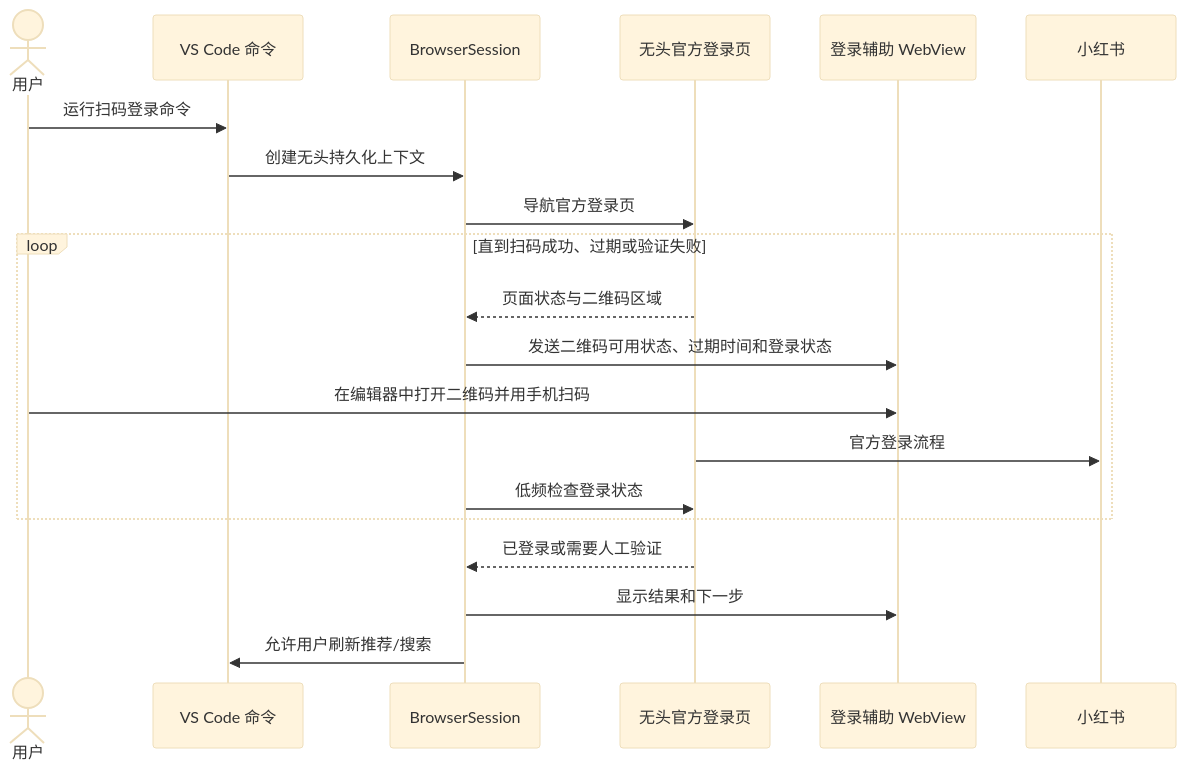
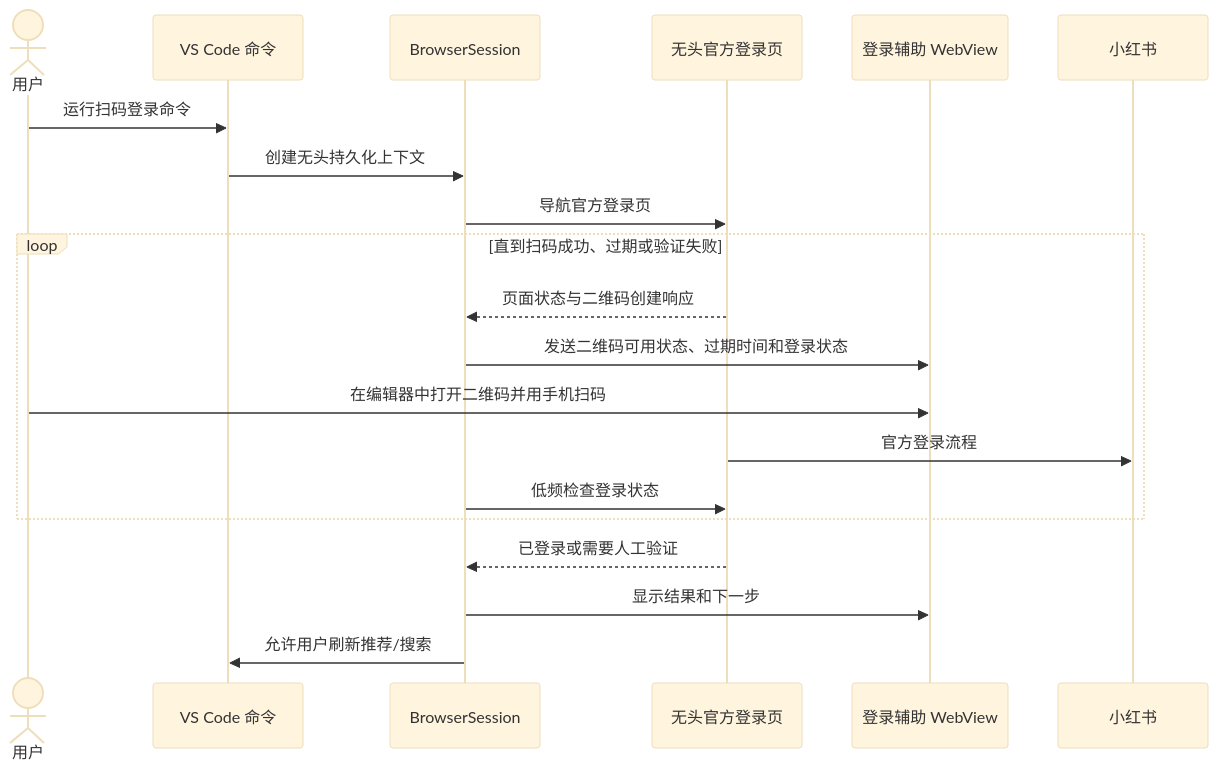
Before and after one commit to SmilingPixel/xiaohongshu-fisher: the third of 5 diagrams in docs/architecture.md, drawn with Mermaid (base theme). The commit also changed other lines of this file and 4 other files, not shown here.

````diff
--- a/docs/architecture.md
+++ b/docs/architecture.md
@@ -85,23 +85,23 @@
 ```mermaid
 sequenceDiagram
     actor User as 用户
     participant Command as VS Code 命令
     participant Session as BrowserSession
     participant Page as 无头官方登录页
     participant Login as 登录辅助 WebView
     participant Site as 小红书
 
     User->>Command: 运行扫码登录命令
     Command->>Session: 创建无头持久化上下文
     Session->>Page: 导航官方登录页
     loop 直到扫码成功、过期或验证失败
-        Page-->>Session: 页面状态与二维码区域
+        Page-->>Session: 页面状态与二维码创建响应
         Session->>Login: 发送二维码可用状态、过期时间和登录状态
         User->>Login: 在编辑器中打开二维码并用手机扫码
         Page->>Site: 官方登录流程
         Session->>Page: 低频检查登录状态
     end
     Page-->>Session: 已登录或需要人工验证
     Session->>Login: 显示结果和下一步
     Session->>Command: 允许用户刷新推荐/搜索
 ```
````
